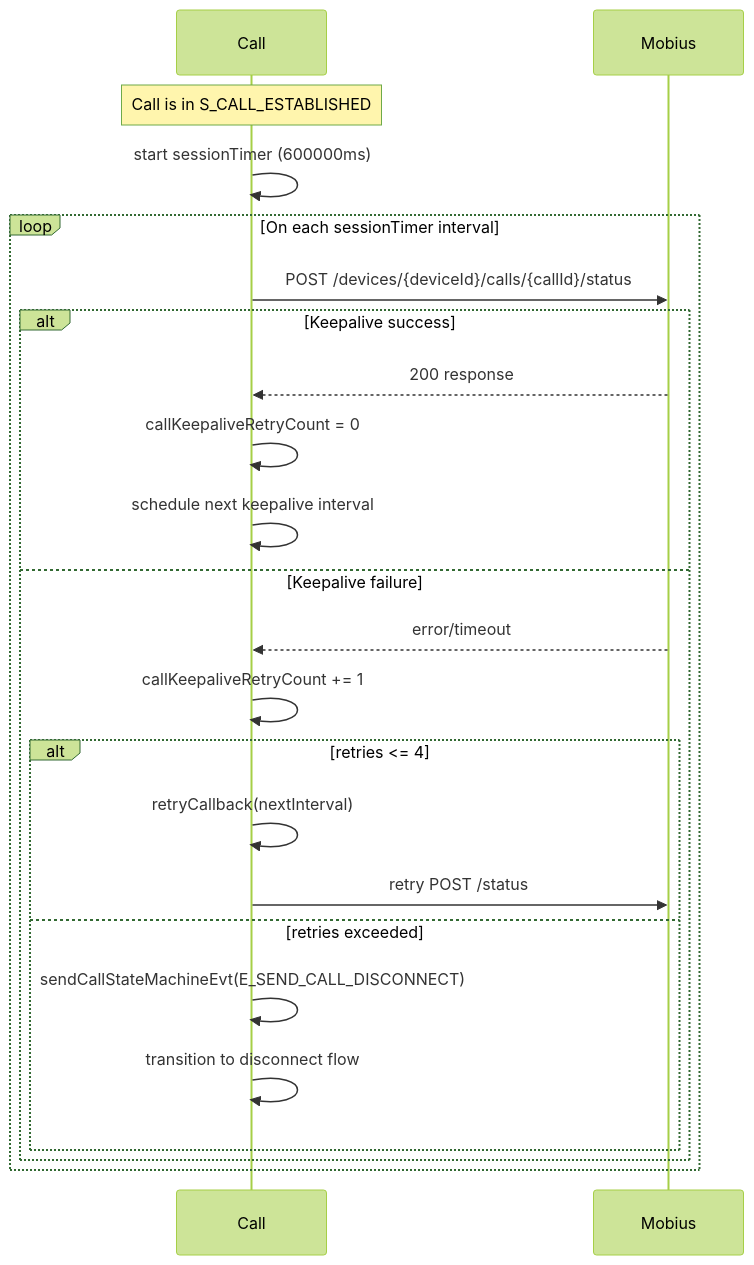
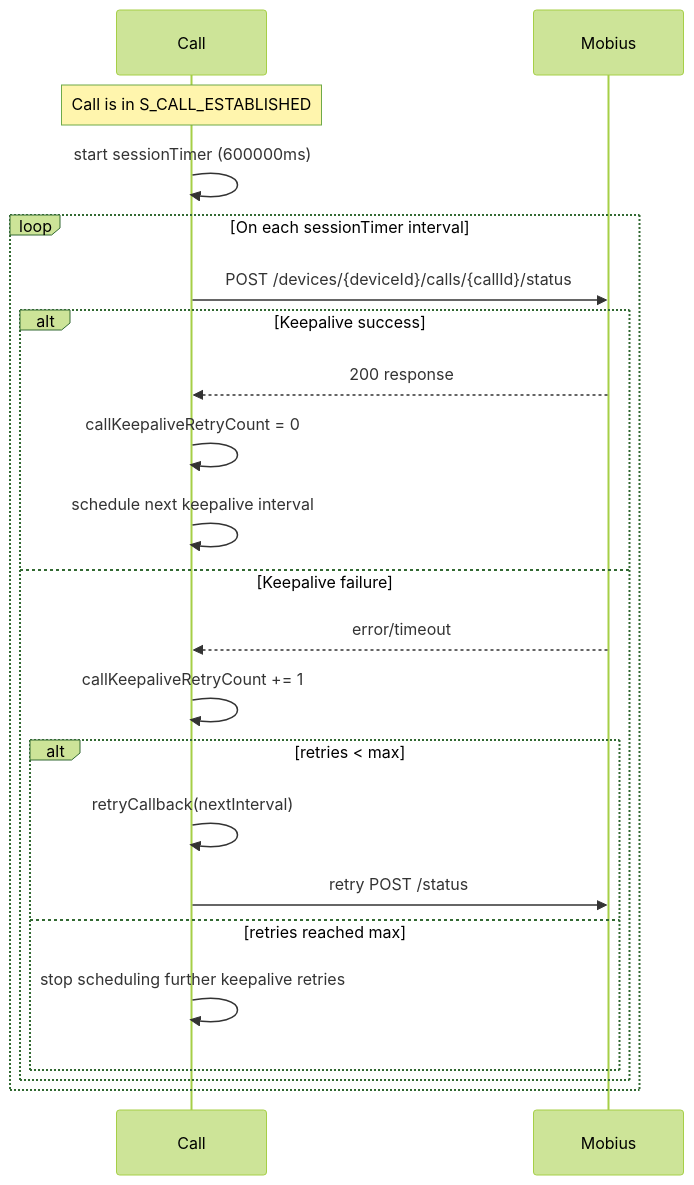
One commit to webex/webex-js-sdk changed diagram 16 of 16 in packages/calling/src/CallingClient/calling/ai-docs/ARCHITECTURE.md. Above: the diagram before and after it, drawn with Mermaid (forest theme). The commit also changed other lines of this file and 6 other files, not shown here.

````diff
--- a/packages/calling/src/CallingClient/calling/ai-docs/ARCHITECTURE.md
+++ b/packages/calling/src/CallingClient/calling/ai-docs/ARCHITECTURE.md
@@ -762,27 +762,26 @@
 ```mermaid
 sequenceDiagram
     participant Call as Call
     participant Mobius as Mobius
 
     Note over Call: Call is in S_CALL_ESTABLISHED
     Call->>Call: start sessionTimer (600000ms)
 
     loop On each sessionTimer interval
         Call->>Mobius: POST /devices/{deviceId}/calls/{callId}/status
         alt Keepalive success
             Mobius-->>Call: 200 response
             Call->>Call: callKeepaliveRetryCount = 0
             Call->>Call: schedule next keepalive interval
         else Keepalive failure
             Mobius-->>Call: error/timeout
             Call->>Call: callKeepaliveRetryCount += 1
-            alt retries <= 4
+            alt retries < max
                 Call->>Call: retryCallback(nextInterval)
                 Call->>Mobius: retry POST /status
-            else retries exceeded
-                Call->>Call: sendCallStateMachineEvt(E_SEND_CALL_DISCONNECT)
-                Call->>Call: transition to disconnect flow
+            else retries reached max
+                Call->>Call: stop scheduling further keepalive retries
             end
         end
     end
 ```
````
